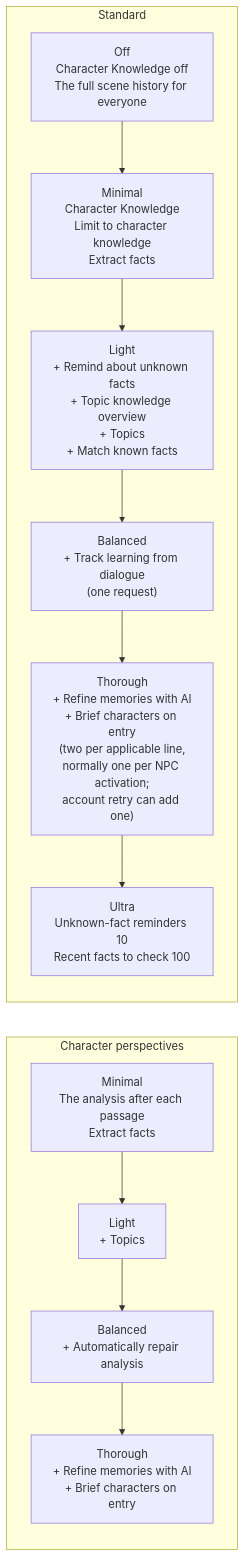
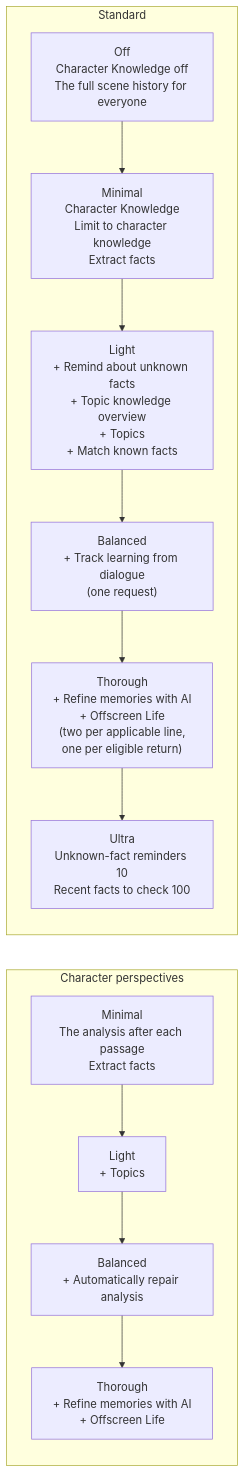
Before and after one commit to vegu-ai/talemate: the fifth of 6 diagrams in docs/user-guide/world-editor/knowledge-how-it-works.md, drawn with Mermaid. The commit also changed other lines of this file and 88 other files, not shown here.

First line of the commit message:
Preserve character return context with optional Offscreen Life (#613)

````diff
--- a/docs/user-guide/world-editor/knowledge-how-it-works.md
+++ b/docs/user-guide/world-editor/knowledge-how-it-works.md
@@ -160,17 +222,17 @@
 ```mermaid
 flowchart LR
     subgraph "Character perspectives"
         direction TB
         P1["Minimal<br/>The analysis after each passage<br/>Extract facts"] --> P2["Light<br/>+ Topics"]
         P2 --> P3["Balanced<br/>+ Automatically repair analysis"]
-        P3 --> P4["Thorough<br/>+ Refine memories with AI<br/>+ Brief characters on entry"]
+        P3 --> P4["Thorough<br/>+ Refine memories with AI<br/>+ Offscreen Life"]
     end
     subgraph Standard
         direction TB
         S0["Off<br/>Character Knowledge off<br/>The full scene history for everyone"] --> S1["Minimal<br/>Character Knowledge<br/>Limit to character knowledge<br/>Extract facts"]
         S1 --> S2["Light<br/>+ Remind about unknown facts<br/>+ Topic knowledge overview<br/>+ Topics<br/>+ Match known facts"]
         S2 --> S3["Balanced<br/>+ Track learning from dialogue<br/>(one request)"]
-        S3 --> S4["Thorough<br/>+ Refine memories with AI<br/>+ Brief characters on entry<br/>(two per applicable line,<br/>normally one per NPC activation;<br/>account retry can add one)"]
+        S3 --> S4["Thorough<br/>+ Refine memories with AI<br/>+ Offscreen Life<br/>(two per applicable line,<br/>one per eligible return)"]
         S4 --> S5["Ultra<br/>Unknown-fact reminders 10<br/>Recent facts to check 100"]
     end
 ```
````
